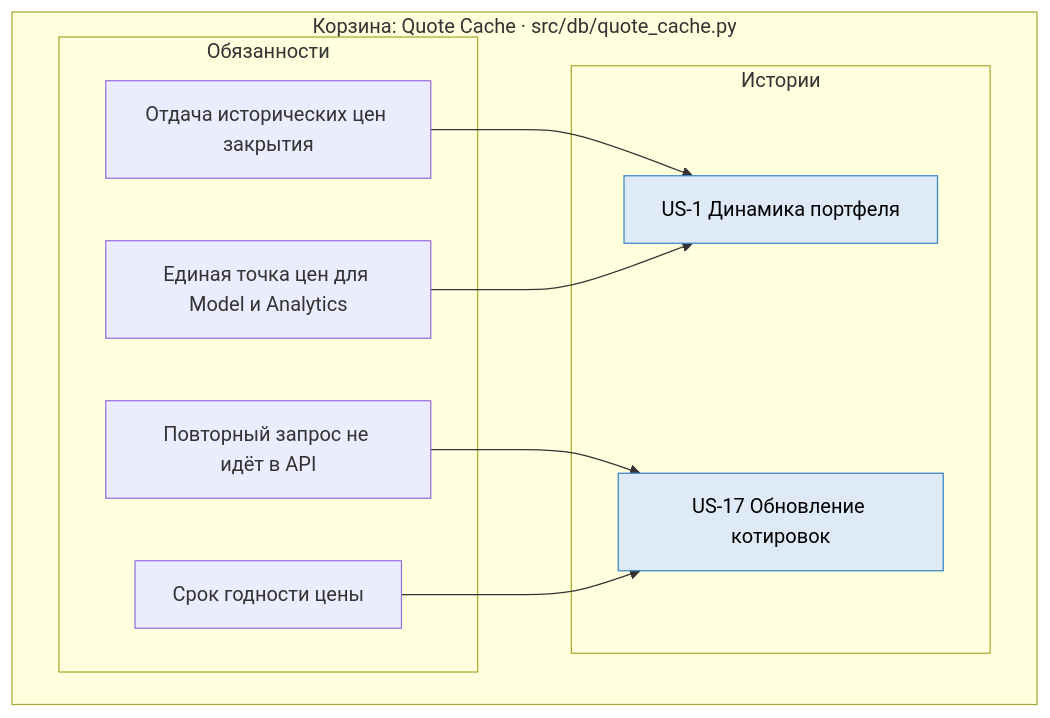
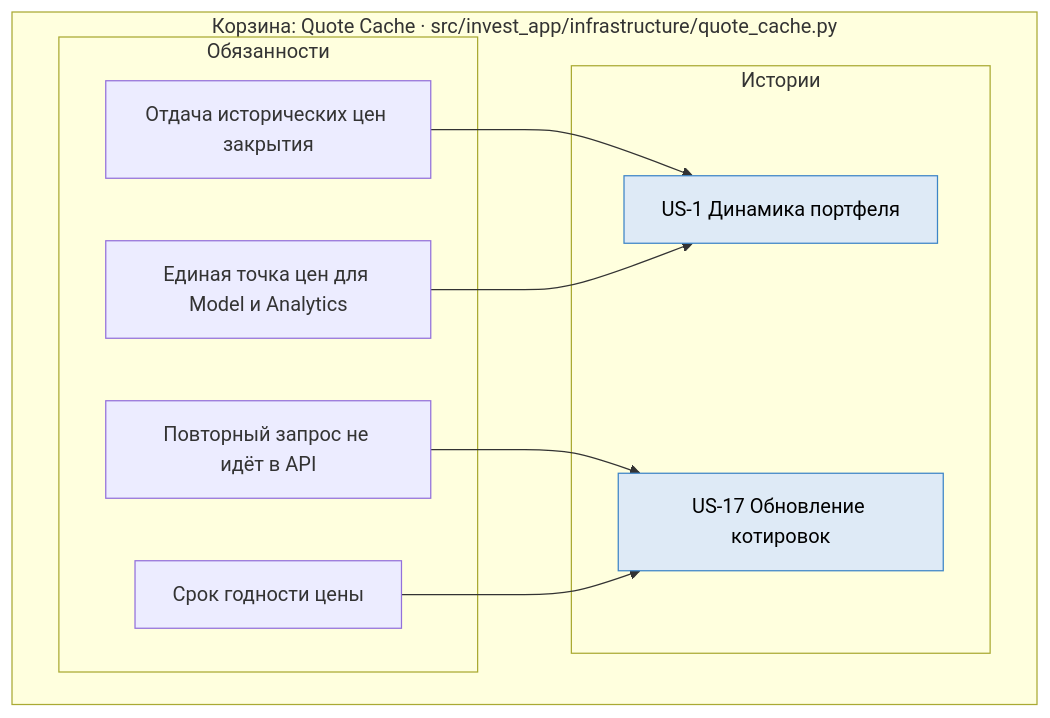
The ninth of 15 diagrams in docs/arch/logic_arch.md (alexande-popov/T-I), drawn with Mermaid before and after one commit. The commit also changed other lines of this file and 3 other files, not shown here.

````diff
--- a/docs/arch/logic_arch.md
+++ b/docs/arch/logic_arch.md
@@ -597,24 +665,24 @@
 ```mermaid
 flowchart LR
-    subgraph B4["Корзина: Quote Cache · src/db/quote_cache.py"]
+    subgraph B4["Корзина: Quote Cache · src/invest_app/infrastructure/quote_cache.py"]
         direction LR
         subgraph B4R["Обязанности"]
             R41["Повторный запрос не идёт в API"]
             R42["Срок годности цены"]
             R43["Отдача исторических цен закрытия"]
             R44["Единая точка цен для Model и Analytics"]
         end
         subgraph B4U["Истории"]
             X1["US-1 Динамика портфеля"]
             X17["US-17 Обновление котировок"]
         end
     end
 
     R41 --> X17
     R42 --> X17
     R43 --> X1
     R44 --> X1
 
     classDef story fill:#deeaf6,stroke:#3d85c6,color:#000
     class X1,X17 story
 ```
````
